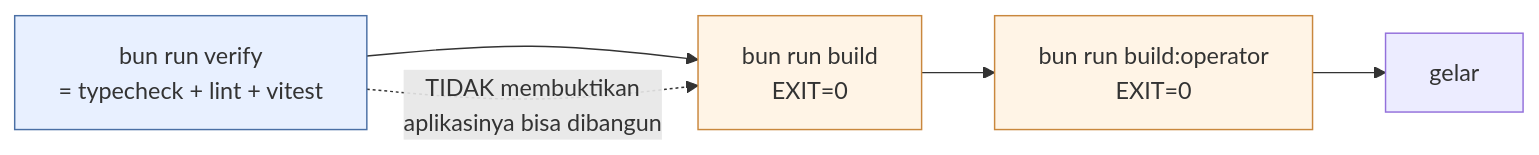
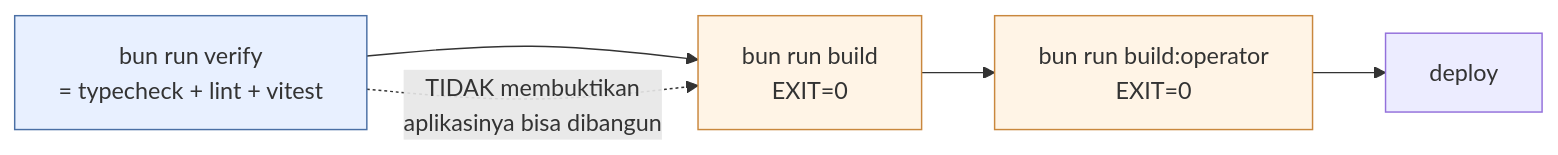
The third of 5 diagrams in docs/arsitektur/07-INFRASTRUKTUR-DEPLOY.md (tri-evendi/sai-accounting), drawn with Mermaid before and after one commit. The commit also changed other lines of this file and 28 other files, not shown here.

````diff
--- a/docs/arsitektur/07-INFRASTRUKTUR-DEPLOY.md
+++ b/docs/arsitektur/07-INFRASTRUKTUR-DEPLOY.md
@@ -197,11 +197,11 @@
 ```mermaid
 flowchart LR
     A["bun run verify<br/>= typecheck + lint + vitest"] --> B["bun run build<br/>EXIT=0"]
     B --> O["bun run build:operator<br/>EXIT=0"]
     A -.->|"TIDAK membuktikan<br/>aplikasinya bisa dibangun"| B
-    O --> C["gelar"]
+    O --> C["deploy"]
 
     style A fill:#e8f0ff,stroke:#4a6fa5
     style B fill:#fff4e6,stroke:#c9873d
     style O fill:#fff4e6,stroke:#c9873d
 ```
````
